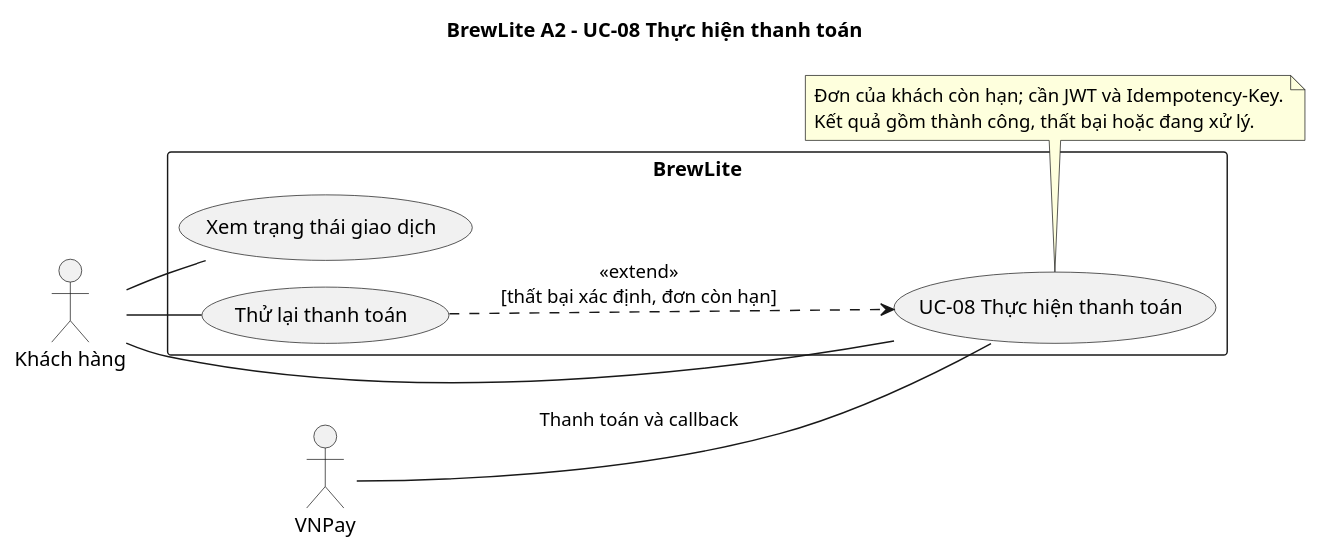
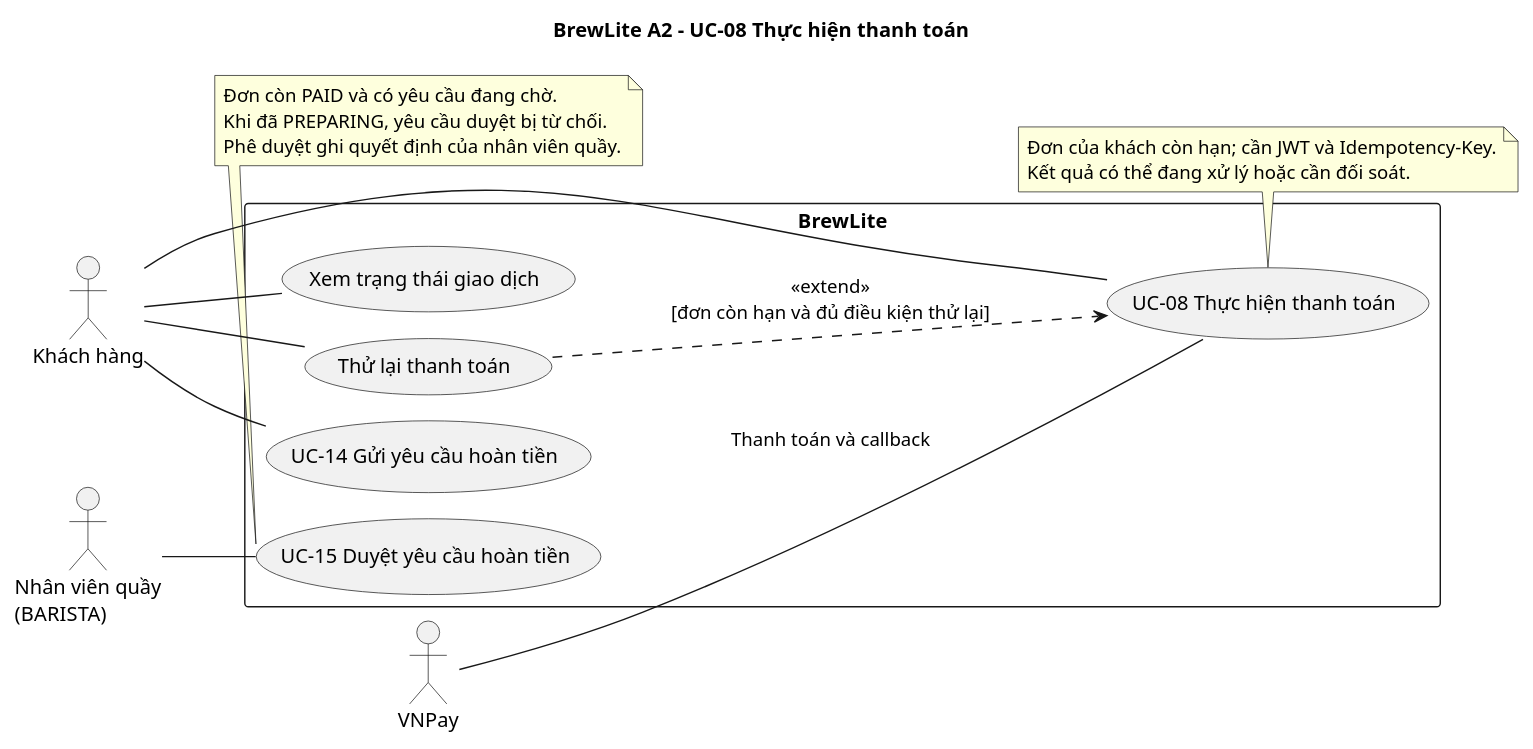
One commit to Fatcatmmb-sudo/BrewLite_A2 changed the diagram in docs/diagrams/use-case-uc08.puml. Above: the diagram before and after it, drawn with PlantUML. The commit also changed 31 other files, not shown here.

```diff
--- a/docs/diagrams/use-case-uc08.puml
+++ b/docs/diagrams/use-case-uc08.puml
@@ -1,23 +1,33 @@
 @startuml
 !pragma layout smetana
 left to right direction
 title BrewLite A2 - UC-08 Thực hiện thanh toán
 skinparam defaultFontName Arial
 skinparam shadowing false
 actor "Khách hàng" as Customer
+actor "Nhân viên quầy\n(BARISTA)" as Staff
 actor "VNPay" as Gateway
 rectangle "BrewLite" {
   usecase "UC-08 Thực hiện thanh toán" as Pay
   usecase "Xem trạng thái giao dịch" as Status
   usecase "Thử lại thanh toán" as Retry
-  Retry ..> Pay : <<extend>>\n[thất bại xác định, đơn còn hạn]
+  usecase "UC-14 Gửi yêu cầu hoàn tiền" as RefundRequest
+  usecase "UC-15 Duyệt yêu cầu hoàn tiền" as RefundApproval
+  Retry ..> Pay : <<extend>>\n[đơn còn hạn và đủ điều kiện thử lại]
 }
 Customer -- Pay
 Customer -- Status
 Customer -- Retry
+Customer -- RefundRequest
+Staff -- RefundApproval
 Gateway -- Pay : Thanh toán và callback
+note bottom of RefundApproval
+  Đơn còn PAID và có yêu cầu đang chờ.
+  Khi đã PREPARING, yêu cầu duyệt bị từ chối.
+  Phê duyệt ghi quyết định của nhân viên quầy.
+end note
 note bottom of Pay
   Đơn của khách còn hạn; cần JWT và Idempotency-Key.
-  Kết quả gồm thành công, thất bại hoặc đang xử lý.
+  Kết quả có thể đang xử lý hoặc cần đối soát.
 end note
 @enduml
```
